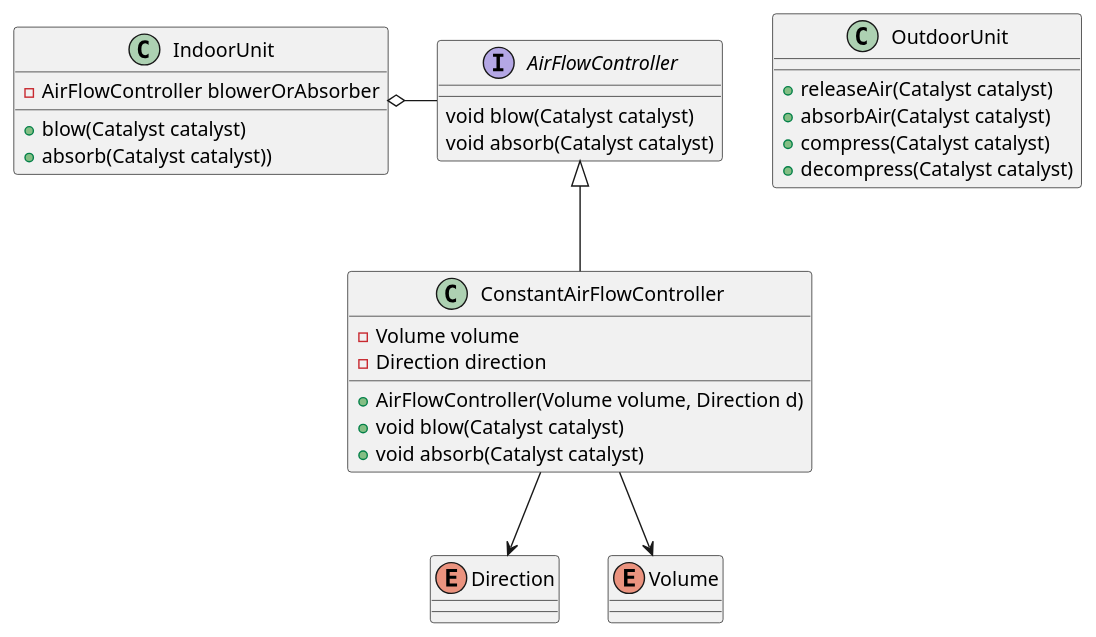
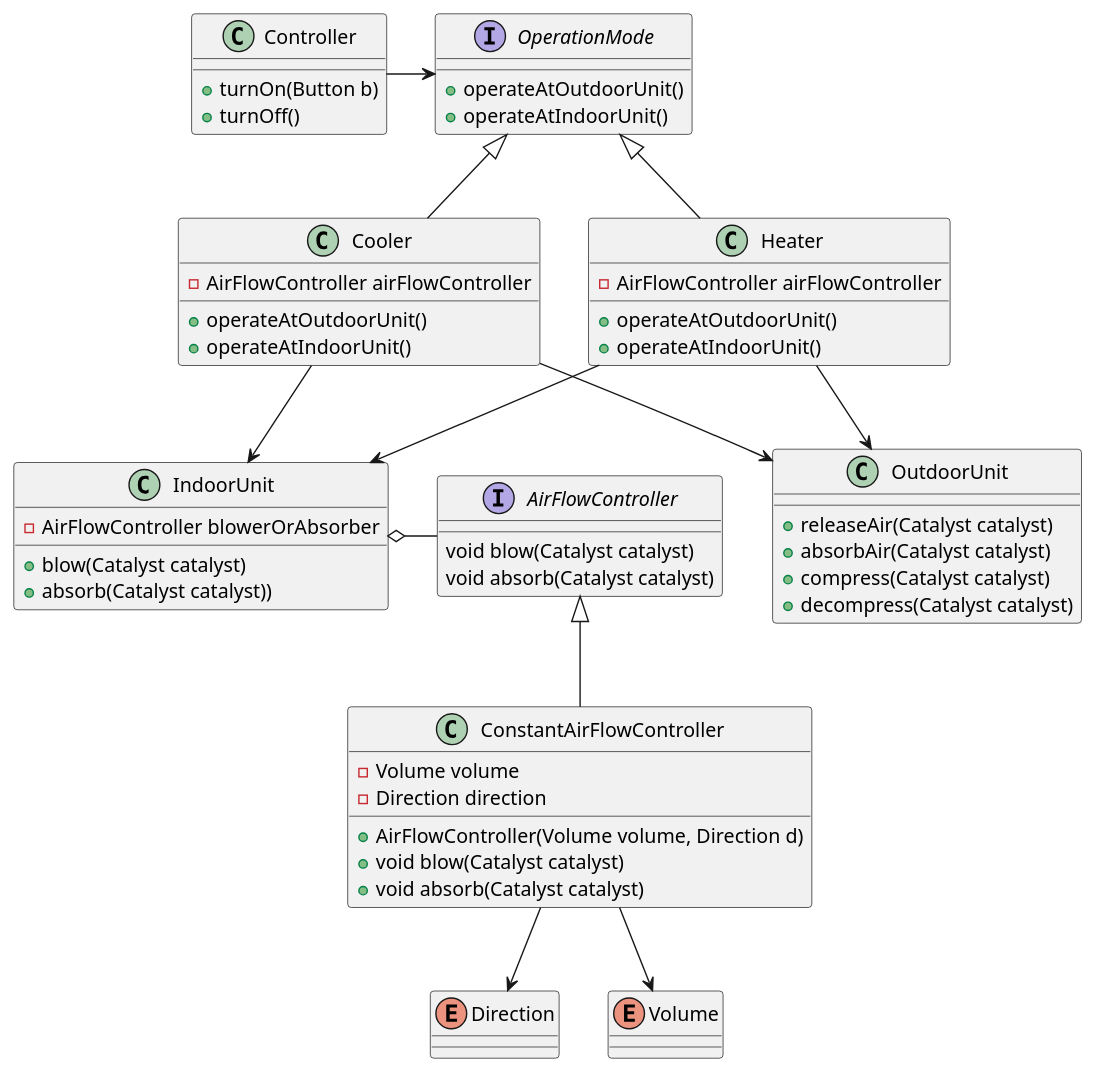
The diagram in air-conditioner.puml (yatakeke/modeling-training), drawn with PlantUML before and after one commit.

Commit message:
一旦作りきった

```diff
--- a/air-conditioner.puml
+++ b/air-conditioner.puml
@@ -1,47 +1,83 @@
 @startuml
 'https://plantuml.com/class-diagram
 
-'templateパターンでwarmとcoolが実装できるかも？
+'基本的には冷房と暖房の２つしか選べない
+'風向の指定しかできない
+'温度センサー未実装
+
+class Controller {
++turnOn(Button b)
++turnOff()
+}
+
+Controller -right-> OperationMode
+
+interface OperationMode {
++operateAtOutdoorUnit()
++operateAtIndoorUnit()
+}
+
+OperationMode <|-- Cooler
+OperationMode <|-- Heater
+
+class Cooler {
+-AirFlowController airFlowController
++operateAtOutdoorUnit()
++operateAtIndoorUnit()
+}
+
+Cooler --> IndoorUnit
+Cooler --> OutdoorUnit
+
+class Heater {
+-AirFlowController airFlowController
++operateAtOutdoorUnit()
++operateAtIndoorUnit()
+}
+
+Heater --> IndoorUnit
+Heater --> OutdoorUnit
+
 
 '意図がindoorUnitと少し違うことを明確にするためにあえて違う名前にしてみた
 class OutdoorUnit {
 +releaseAir(Catalyst catalyst)
 +absorbAir(Catalyst catalyst)
 +compress(Catalyst catalyst)
 +decompress(Catalyst catalyst)
 }
 
 class IndoorUnit {
 -AirFlowController blowerOrAbsorber
 +blow(Catalyst catalyst)
 +absorb(Catalyst catalyst))
 }
 
 IndoorUnit o-right- AirFlowController
 
 interface AirFlowController {
 void blow(Catalyst catalyst)
 void absorb(Catalyst catalyst)
 }
 
 AirFlowController <|-- ConstantAirFlowController
 'TODO: autoとかの実装を後ほどする
 
 class ConstantAirFlowController {
 -Volume volume
 -Direction direction
 +AirFlowController(Volume volume, Direction d)
 +void blow(Catalyst catalyst)
 +void absorb(Catalyst catalyst)
 }
 
 ConstantAirFlowController --> Direction
 ConstantAirFlowController --> Volume
 
 enum Direction {
 }
 
 enum Volume {
 }
 
 @enduml
```
